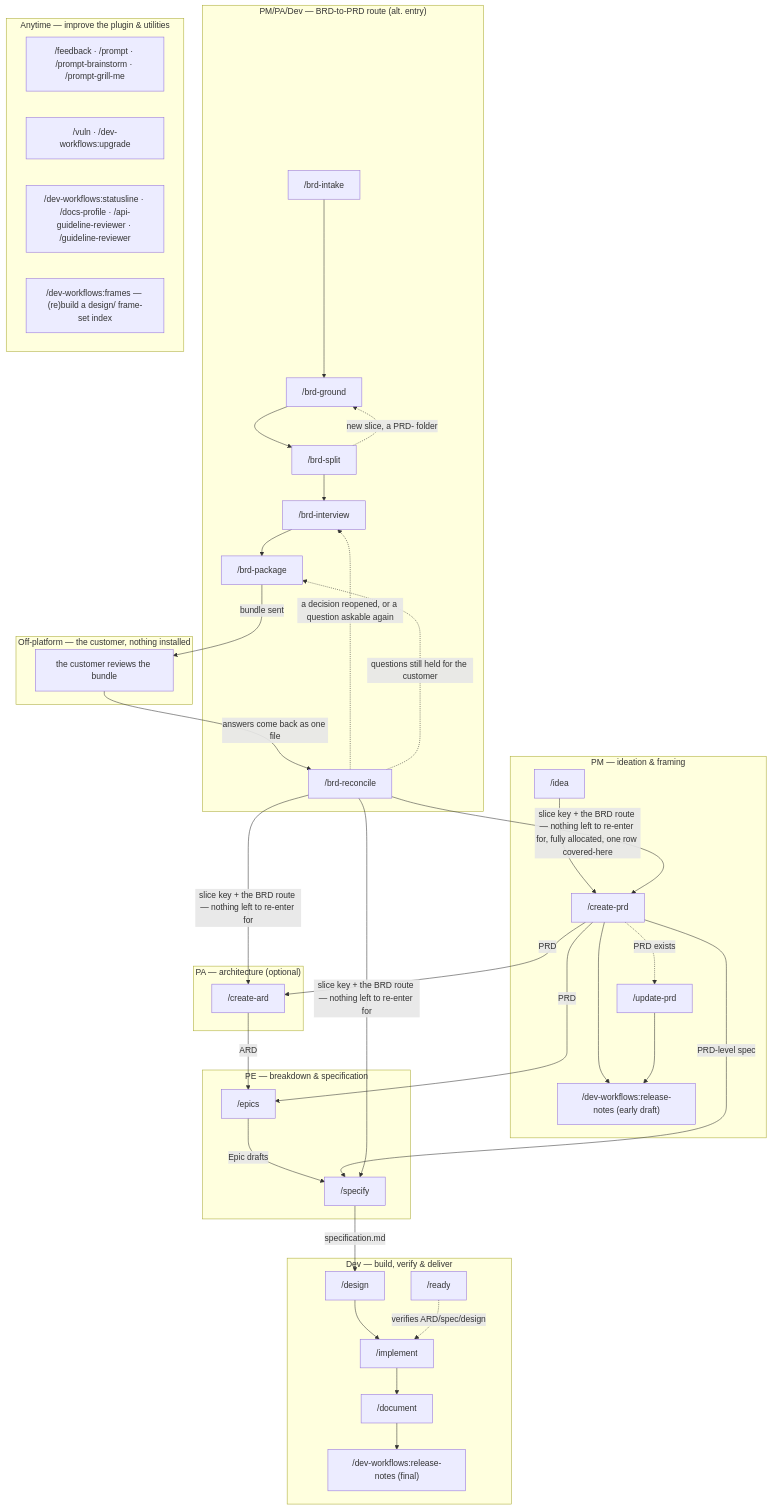
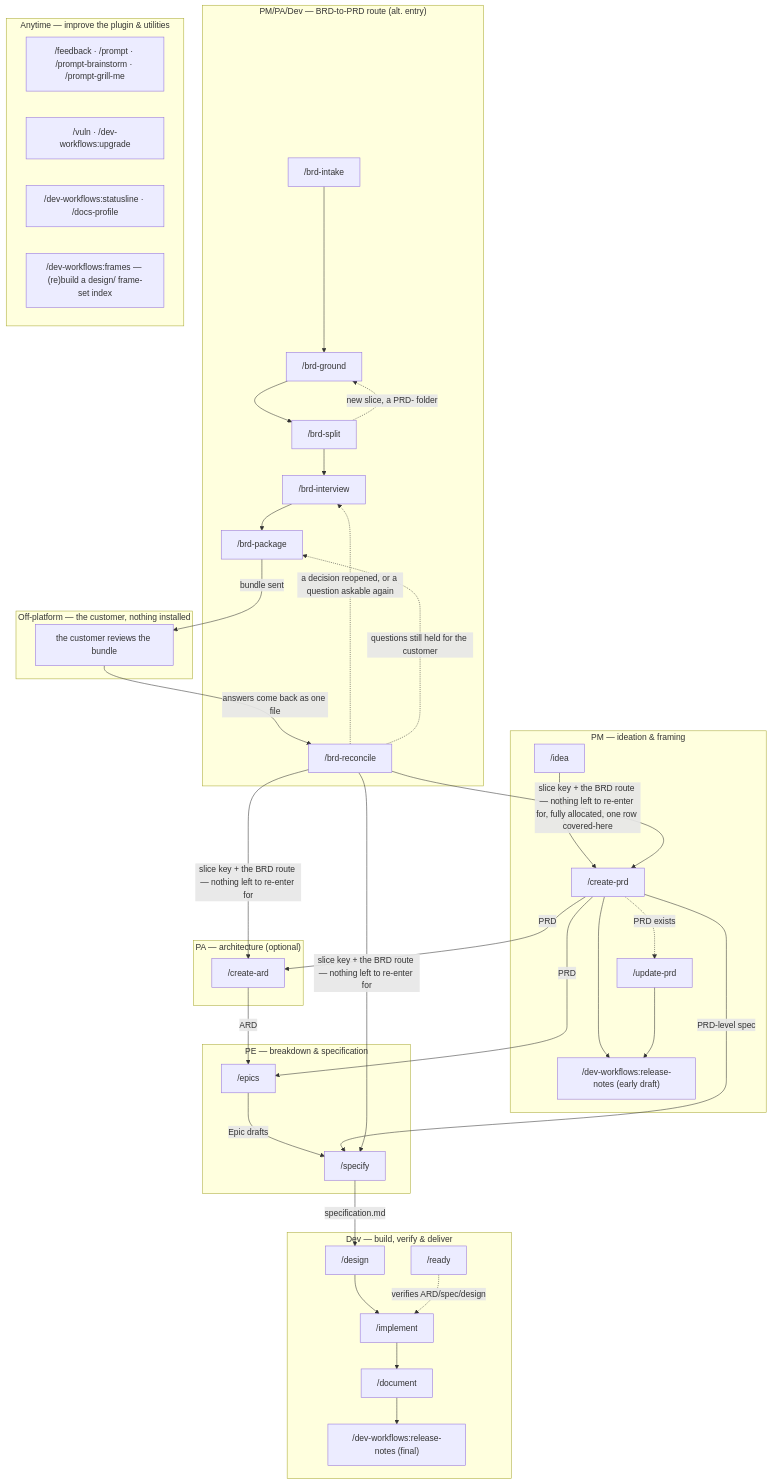
Before and after one commit to ihudak/ihudak-claude-plugins: the diagram in plugins/dev-workflows/docs/workflow.md, drawn with Mermaid. The commit also changed other lines of this file and 15 other files, not shown here.

First line of the commit message:
docs(dev-workflows): reconcile inventories after the guideline move

````diff
--- a/plugins/dev-workflows/docs/workflow.md
+++ b/plugins/dev-workflows/docs/workflow.md
@@ -5,52 +5,52 @@
 ```mermaid
 flowchart TD
     subgraph PM["PM — ideation & framing"]
         idea["/idea"] --> createvi["/create-prd"]
         createvi --> rnpm["/dev-workflows:release-notes (early draft)"]
         createvi -.->|PRD exists| updatevi["/update-prd"]
         updatevi --> rnpm
     end
     subgraph BRD["PM/PA/Dev — BRD-to-PRD route (alt. entry)"]
         brdintake["/brd-intake"] --> brdground["/brd-ground"] --> brdsplit["/brd-split"]
         brdsplit -.->|new slice, a PRD- folder| brdground
         brdsplit --> brdinterview["/brd-interview"] --> brdpackage["/brd-package"]
         brdreconcile["/brd-reconcile"]
     end
     subgraph CUST["Off-platform — the customer, nothing installed"]
         brdreview["the customer reviews the bundle"]
     end
     subgraph PA["PA — architecture (optional)"]
         createard["/create-ard"]
     end
     subgraph PE["PE — breakdown & specification"]
         epics["/epics"]
         specify["/specify"]
     end
     subgraph DEV["Dev — build, verify & deliver"]
         design["/design"] --> implement["/implement"]
         implement --> document["/document"]
         document --> rndev["/dev-workflows:release-notes (final)"]
         ready["/ready"]
     end
     subgraph ANY["Anytime — improve the plugin & utilities"]
         improve["/feedback · /prompt · /prompt-brainstorm · /prompt-grill-me"]
         maint["/vuln · /dev-workflows:upgrade"]
-        tooling["/dev-workflows:statusline · /docs-profile · /api-guideline-reviewer · /guideline-reviewer"]
+        tooling["/dev-workflows:statusline · /docs-profile"]
         framesidx["/dev-workflows:frames — (re)build a design/ frame-set index"]
     end
 
     createvi -->|PRD| createard
     createvi -->|PRD| epics
     createard -->|ARD| epics
     epics -->|Epic drafts| specify
     createvi -->|PRD-level spec| specify
     specify -->|specification.md| design
     ready -. verifies ARD/spec/design .-> implement
     brdpackage -->|bundle sent| brdreview
     brdreview -->|answers come back as one file| brdreconcile
     brdreconcile -.->|a decision reopened, or a question askable again| brdinterview
     brdreconcile -.->|questions still held for the customer| brdpackage
     brdreconcile -->|slice key + the BRD route — nothing left to re-enter for, fully allocated, one row covered-here| createvi
     brdreconcile -->|slice key + the BRD route — nothing left to re-enter for| createard
     brdreconcile -->|slice key + the BRD route — nothing left to re-enter for| specify
 ```
````
